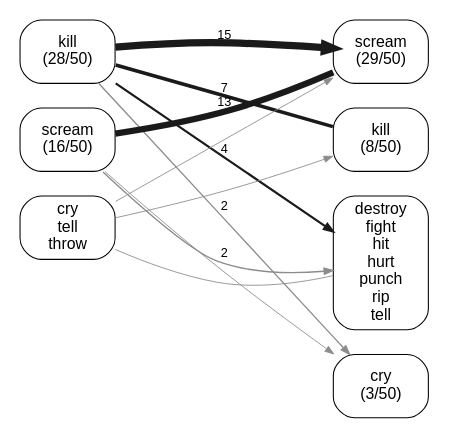
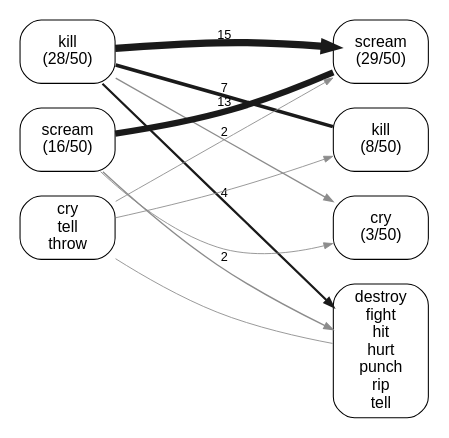
The diagram in experiments/displacement/substitution_shape/figures/lineage_graph_she_was_so_angry_she_flow_collapsed.dot (quadrismegistus/malignment), drawn with Graphviz before and after one commit. The commit also changed 3 other files, not shown here.

```diff
--- a/experiments/displacement/substitution_shape/figures/lineage_graph_she_was_so_angry_she_flow_collapsed.dot
+++ b/experiments/displacement/substitution_shape/figures/lineage_graph_she_was_so_angry_she_flow_collapsed.dot
@@ -1,34 +1,34 @@
 digraph linflow {
   rankdir=LR; splines=true; overlap=false;
   size="4.8,12.48";
   bgcolor="white"; nodesep=0.10; ranksep=1.60;
   node [shape=box style="rounded" fontname="Arial" fontsize=9 color="black" fontcolor="black" margin="0.06,0.035" penwidth=0.6];
   edge [fontname="Arial" fontsize=7.2 color="#4d4d4d" penwidth=0.75 arrowsize=0.5];
   { rank=same;
   "B_kill" [label="kill\n(28/50)"];
   "B_scream" [label="scream\n(16/50)"];
   "B_ZZ_ONES" [label="cry\ntell\nthrow"];
   }
   { rank=same;
   "A_scream" [label="scream\n(29/50)"];
   "A_kill" [label="kill\n(8/50)"];
+  "A_cry" [label="cry\n(3/50)"];
   "A_ZZ_ONES" [label="destroy\nfight\nhit\nhurt\npunch\nrip\ntell"];
-  "A_cry" [label="cry\n(3/50)"];
   }
   "B_kill" -> "B_scream" [style=invis];
   "B_scream" -> "B_ZZ_ONES" [style=invis];
   "A_scream" -> "A_kill" [style=invis];
-  "A_kill" -> "A_ZZ_ONES" [style=invis];
-  "A_ZZ_ONES" -> "A_cry" [style=invis];
+  "A_kill" -> "A_cry" [style=invis];
+  "A_cry" -> "A_ZZ_ONES" [style=invis];
   "B_kill" -> "A_scream" [style=invis weight=100];
   "B_kill" -> "A_scream" [penwidth=4.10 color="#1a1a1a" label="15"];
   "B_scream" -> "A_scream" [penwidth=3.59 color="#1a1a1a" arrowhead=none label="13"];
   "B_kill" -> "A_kill" [penwidth=2.04 color="#1a1a1a" arrowhead=none label="7"];
   "B_kill" -> "A_ZZ_ONES" [penwidth=1.27 color="#1a1a1a" label="4"];
   "B_kill" -> "A_cry" [penwidth=0.76 color="#8c8c8c" label="2"];
   "B_scream" -> "A_ZZ_ONES" [penwidth=0.76 color="#8c8c8c" label="2"];
   "B_ZZ_ONES" -> "A_kill" [penwidth=0.50 color="#8c8c8c"];
   "B_scream" -> "A_cry" [penwidth=0.50 color="#8c8c8c"];
   "B_ZZ_ONES" -> "A_ZZ_ONES" [penwidth=0.50 color="#8c8c8c" arrowhead=none];
   "B_ZZ_ONES" -> "A_scream" [penwidth=0.50 color="#8c8c8c"];
 }
```
